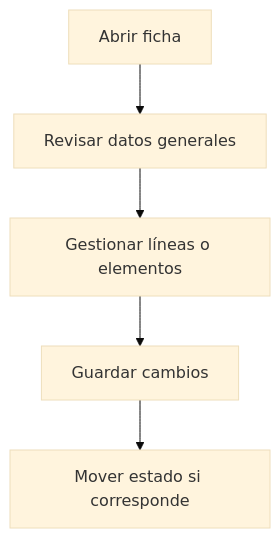
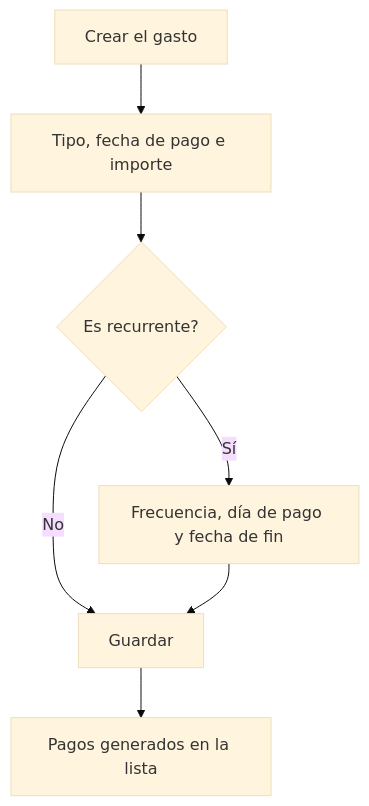
One commit to MGurtD/lilith changed the diagram in frontend/src/help/es/purchase/expense/detail.md. Above: the diagram before and after it, drawn with Mermaid (base theme). The commit also changed other lines of this file and 331 other files, not shown here.

````diff
--- a/frontend/src/help/es/purchase/expense/detail.md
+++ b/frontend/src/help/es/purchase/expense/detail.md
@@ -34,7 +40,9 @@
 ```mermaid
 flowchart TD
-    A[Abrir ficha] --> B[Revisar datos generales]
-    B --> C[Gestionar líneas o elementos]
-    C --> D[Guardar cambios]
-    D --> E[Mover estado si corresponde]
+    A[Crear el gasto] --> B[Tipo, fecha de pago e importe]
+    B --> C{Es recurrente?}
+    C -->|No| E[Guardar]
+    C -->|Sí| D[Frecuencia, día de pago y fecha de fin]
+    D --> E
+    E --> F[Pagos generados en la lista]
 ```
````
